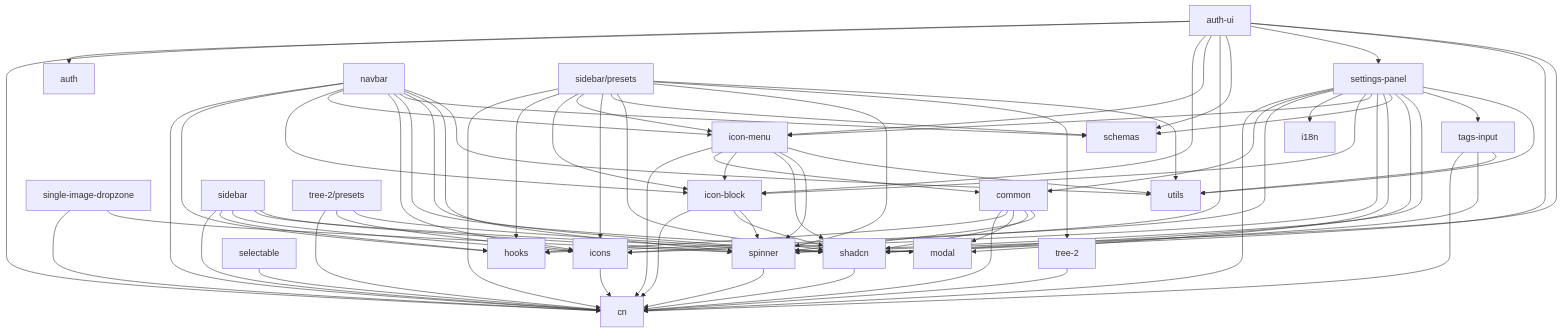
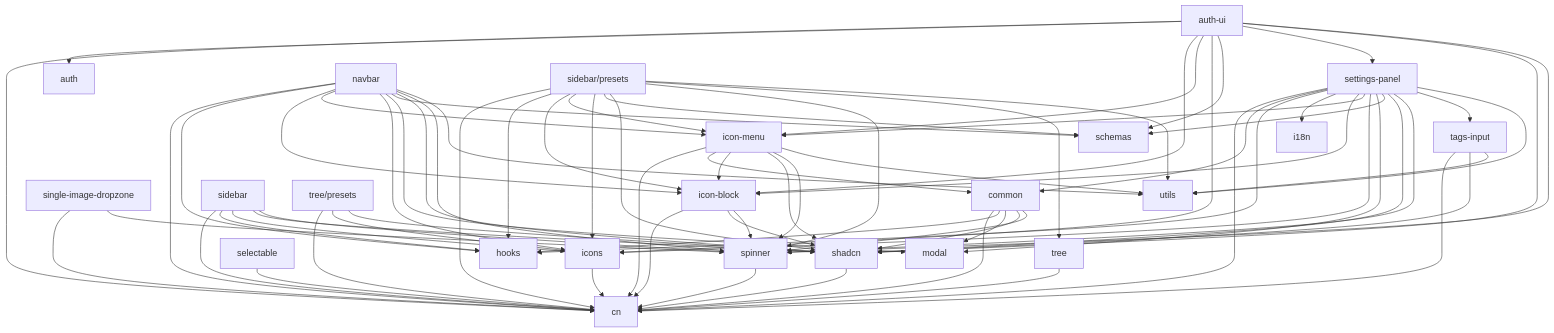
The diagram in package-dependencies.md (steeeee0223/notion-kit), drawn with Mermaid before and after one commit. The commit also changed other lines of this file, not shown here.

````diff
--- a/package-dependencies.md
+++ b/package-dependencies.md
@@ -38,7 +38,7 @@
     common --> spinner
     
     %% Level 3 - depends on Level 2
-    tree-2 --> cn
+    tree --> cn
     
     icon-menu --> cn
     icon-menu --> common
@@ -89,10 +89,10 @@
     sidebar --> shadcn
     sidebar --> spinner
     
-    %% tree-2/presets subpackage (virtual node for documentation)
-    tree-2-presets[tree-2/presets] --> cn
-    tree-2-presets --> icons
-    tree-2-presets --> shadcn
+    %% tree/presets subpackage (virtual node for documentation)
+    tree-presets[tree/presets] --> cn
+    tree-presets --> icons
+    tree-presets --> shadcn
     
     %% sidebar/presets subpackage (virtual node for documentation)
     sidebar-presets[sidebar/presets] --> cn
@@ -103,6 +103,6 @@
     sidebar-presets --> schemas
     sidebar-presets --> shadcn
     sidebar-presets --> spinner
-    sidebar-presets --> tree-2
+    sidebar-presets --> tree
     sidebar-presets --> utils
 ```
````
